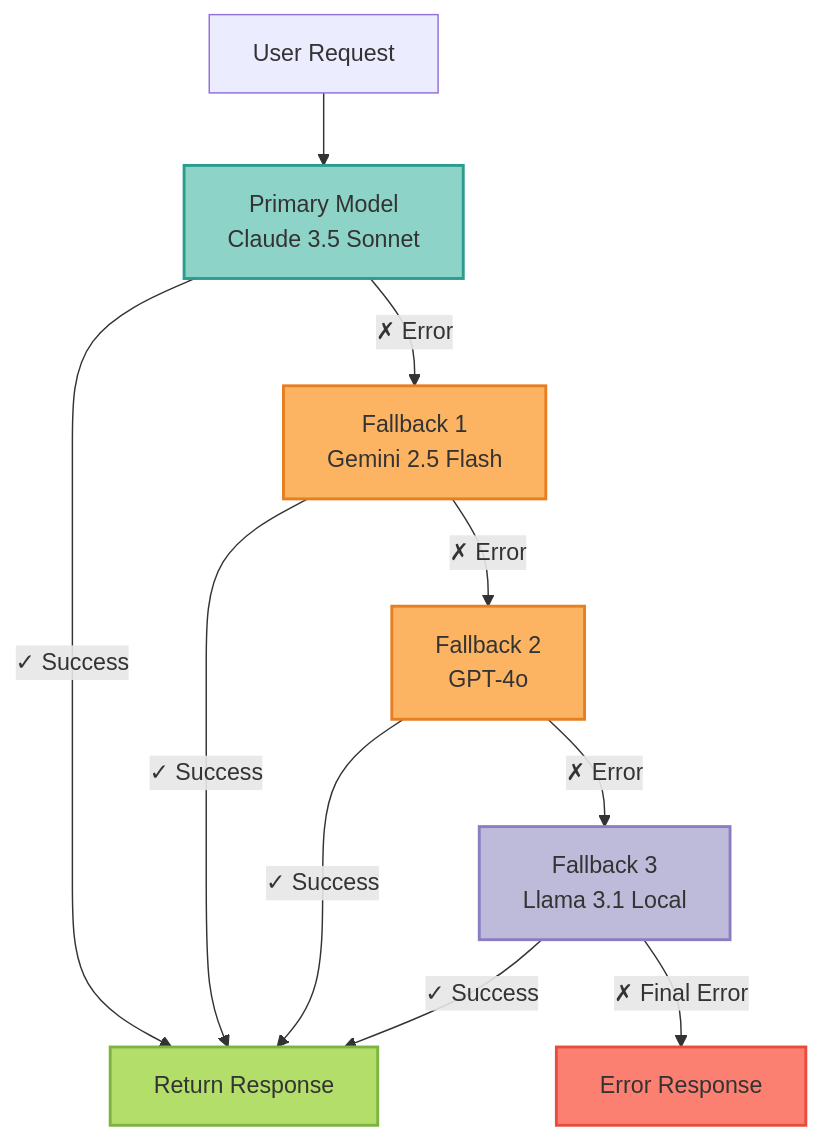
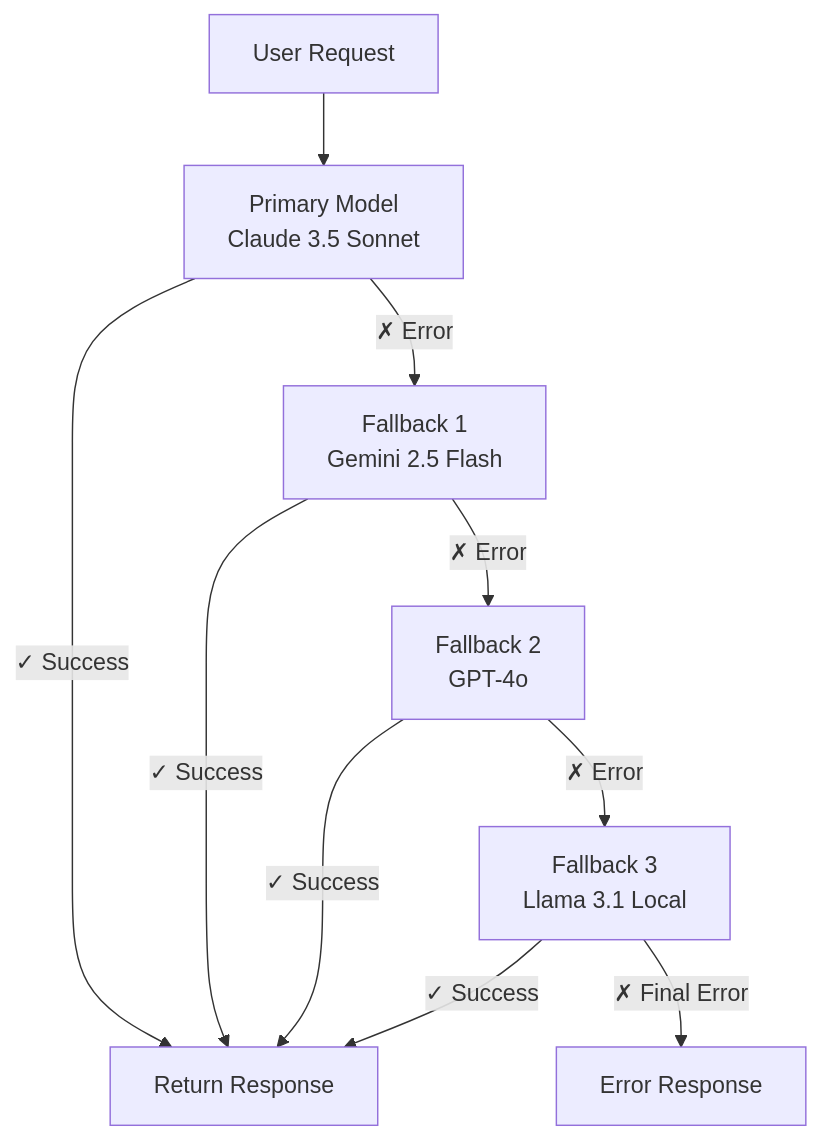
The diagram in docs/guides/multi-llm-setup.mdx (vishnu2kmohan/mcp-server-langgraph), drawn with Mermaid before and after one commit. The commit also changed 11 other files, not shown here.

First line of the commit message:
docs: modernize Mermaid diagrams to follow 2025 best practices

````diff
--- a/docs/guides/multi-llm-setup.mdx
+++ b/docs/guides/multi-llm-setup.mdx
@@ -305,23 +305,17 @@
 ```mermaid
 flowchart TD
     Request[User Request] --> Primary[Primary Model<br/>Claude 3.5 Sonnet]
 
     Primary -->|✓ Success| Response[Return Response]
     Primary -->|✗ Error| Fallback1[Fallback 1<br/>Gemini 2.5 Flash]
 
     Fallback1 -->|✓ Success| Response
     Fallback1 -->|✗ Error| Fallback2[Fallback 2<br/>GPT-4o]
 
     Fallback2 -->|✓ Success| Response
     Fallback2 -->|✗ Error| Fallback3[Fallback 3<br/>Llama 3.1 Local]
 
     Fallback3 -->|✓ Success| Response
     Fallback3 -->|✗ Final Error| Error[Error Response]
 
-    style Primary fill:#8dd3c7,stroke:#2a9d8f,stroke-width:2px,color:#333
-    style Fallback1 fill:#fdb462,stroke:#e67e22,stroke-width:2px,color:#333
-    style Fallback2 fill:#fdb462,stroke:#e67e22,stroke-width:2px,color:#333
-    style Fallback3 fill:#bebada,stroke:#8e7cc3,stroke-width:2px,color:#333
-    style Response fill:#b3de69,stroke:#7cb342,stroke-width:2px,color:#333
-    style Error fill:#fb8072,stroke:#e74c3c,stroke-width:2px,color:#333
 ```
````
